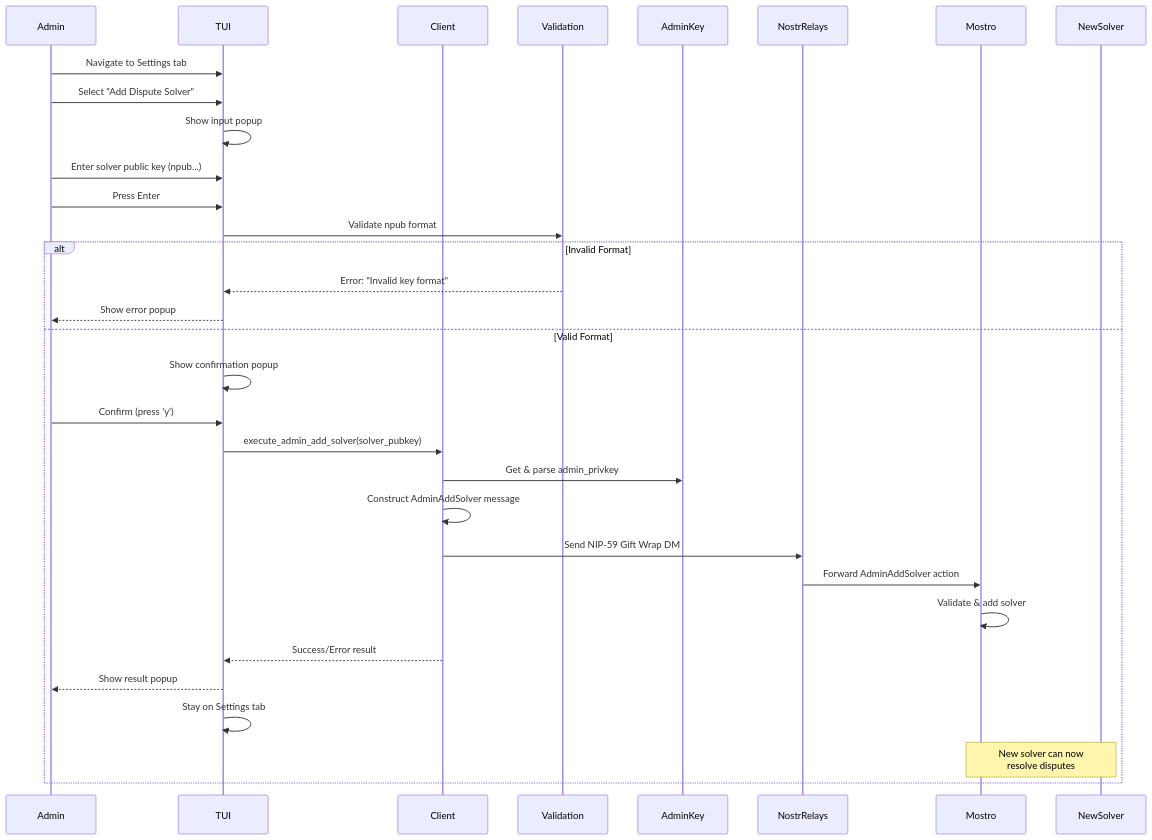
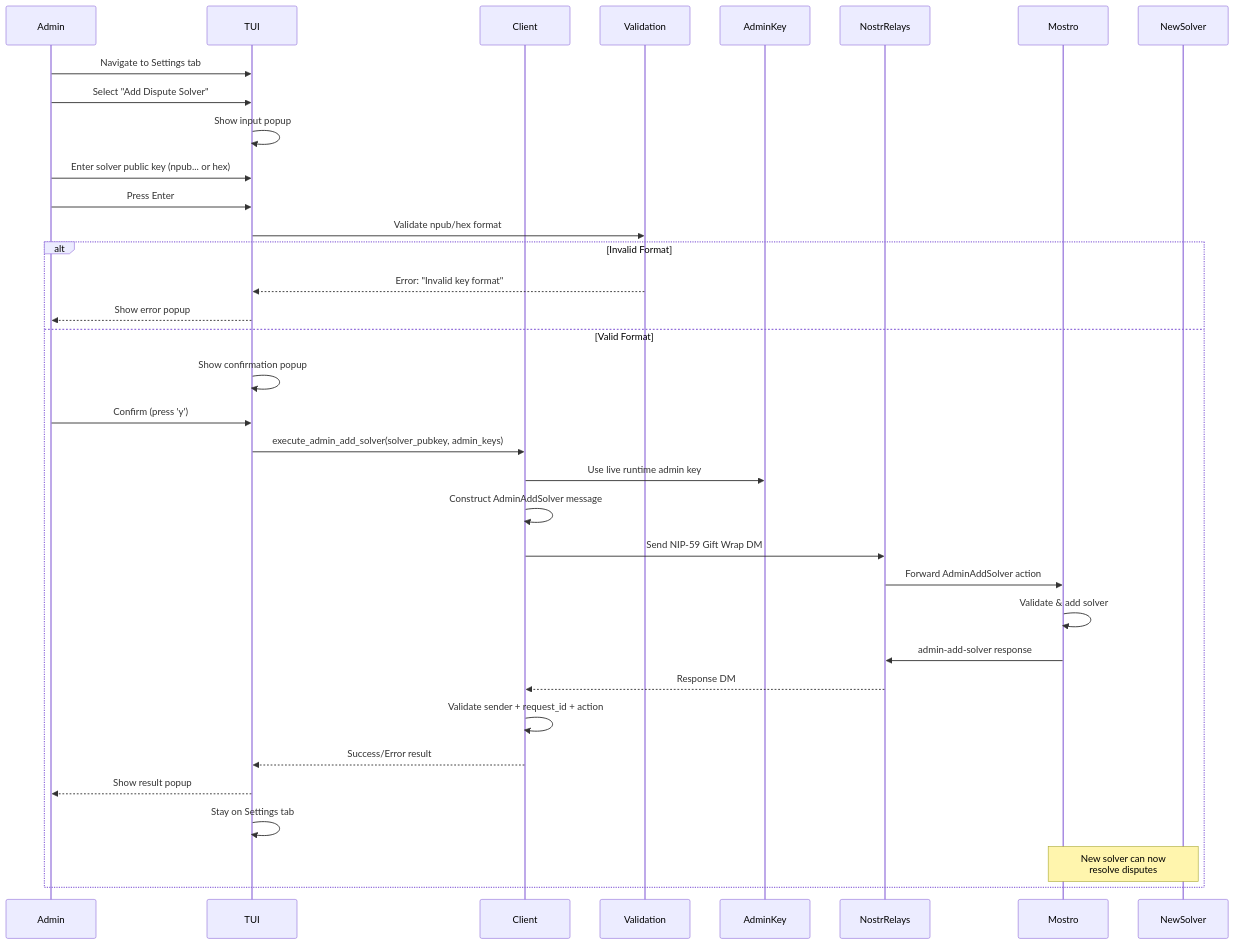
The third of 5 diagrams in docs/ADMIN_DISPUTES.md (MostroP2P/mostrix), drawn with Mermaid before and after one commit. The commit also changed other lines of this file and 2 other files, not shown here.

Commit message:
fix: updated docs and minor fix on add solver command menu

````diff
--- a/docs/ADMIN_DISPUTES.md
+++ b/docs/ADMIN_DISPUTES.md
@@ -432,35 +433,38 @@
 ```mermaid
 sequenceDiagram
     participant Admin
     participant TUI
     participant Client
     participant Validation
     participant AdminKey
     participant NostrRelays
     participant Mostro
     participant NewSolver
 
     Admin->>TUI: Navigate to Settings tab
     Admin->>TUI: Select "Add Dispute Solver"
     TUI->>TUI: Show input popup
-    Admin->>TUI: Enter solver public key (npub...)
+    Admin->>TUI: Enter solver public key (npub... or hex)
     Admin->>TUI: Press Enter
-    TUI->>Validation: Validate npub format
+    TUI->>Validation: Validate npub/hex format
     alt Invalid Format
         Validation-->>TUI: Error: "Invalid key format"
         TUI-->>Admin: Show error popup
     else Valid Format
         TUI->>TUI: Show confirmation popup
         Admin->>TUI: Confirm (press 'y')
-        TUI->>Client: execute_admin_add_solver(solver_pubkey)
-        Client->>AdminKey: Get & parse admin_privkey
+        TUI->>Client: execute_admin_add_solver(solver_pubkey, admin_keys)
+        Client->>AdminKey: Use live runtime admin key
         Client->>Client: Construct AdminAddSolver message
         Client->>NostrRelays: Send NIP-59 Gift Wrap DM
         NostrRelays->>Mostro: Forward AdminAddSolver action
         Mostro->>Mostro: Validate & add solver
+        Mostro->>NostrRelays: admin-add-solver response
+        NostrRelays-->>Client: Response DM
+        Client->>Client: Validate sender + request_id + action
         Client-->>TUI: Success/Error result
         TUI-->>Admin: Show result popup
         TUI->>TUI: Stay on Settings tab
         Note over Mostro,NewSolver: New solver can now<br/>resolve disputes
     end
 ```
````
